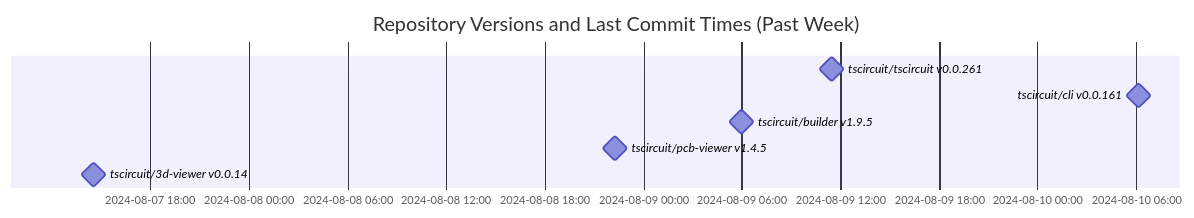
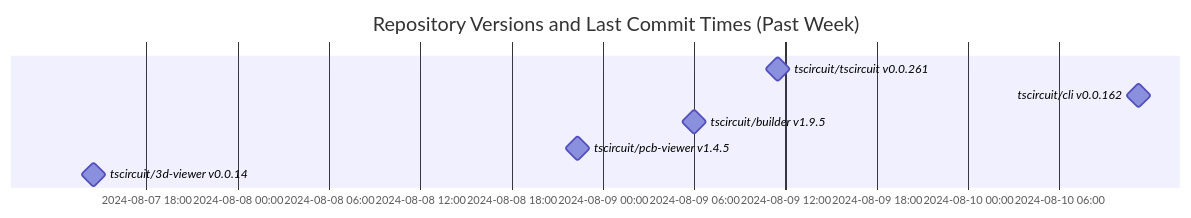
The diagram in README.md (tscircuit/version-tracker), drawn with Mermaid before and after one commit.

Commit message:
Update chart

````diff
--- a/README.md
+++ b/README.md
@@ -1,12 +1,12 @@
 ```mermaid
 gantt
   dateFormat  YYYY-MM-DD HH:mm:ss
   title Repository Versions and Last Commit Times (Past Week)
   axisFormat %Y-%m-%d %H:%M
 
   tscircuit/tscircuit v0.0.261 : milestone, 2024-08-09 11:27:18, 1s
-  tscircuit/cli v0.0.161 : milestone, 2024-08-10 06:07:57, 1s
+  tscircuit/cli v0.0.162 : milestone, 2024-08-10 11:09:55, 1s
   tscircuit/builder v1.9.5 : milestone, 2024-08-09 06:00:02, 1s
   tscircuit/pcb-viewer v1.4.5 : milestone, 2024-08-08 22:18:20, 1s
   tscircuit/3d-viewer v0.0.14 : milestone, 2024-08-07 14:34:01, 1s
 ```
````
